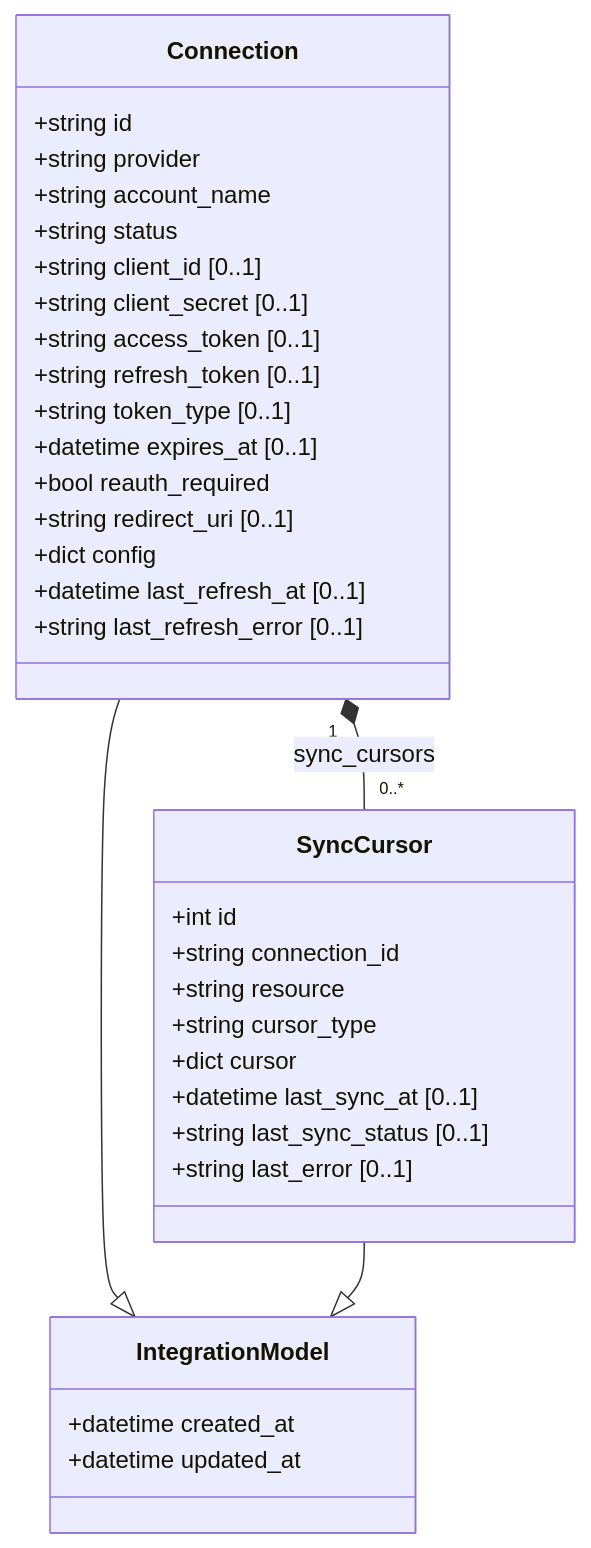
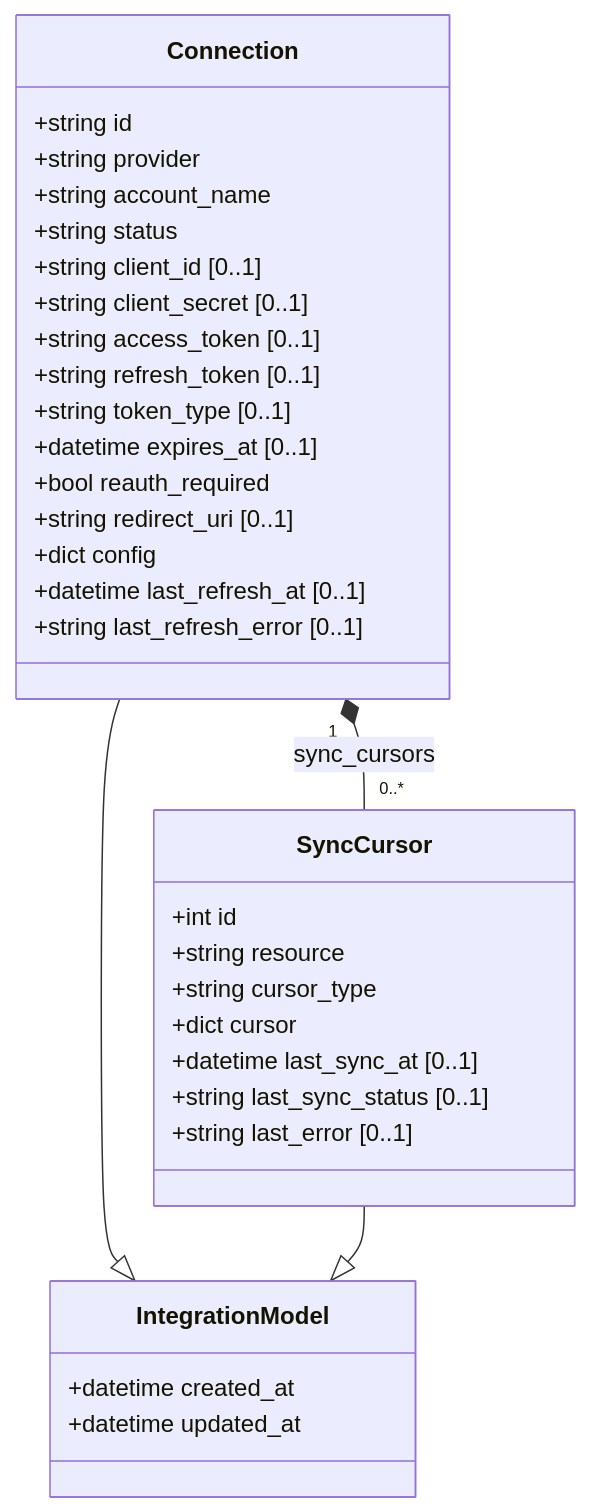
One commit to hcubasd/fluffy-waddle changed the second of 2 diagrams in README.md. Above: the diagram before and after it, drawn with Mermaid. The commit also changed other lines of this file and 38 other files, not shown here.

First line of the commit message:
Refactor models back to nested graphs

````diff
--- a/README.md
+++ b/README.md
@@ -137,38 +138,37 @@
 ```mermaid
 classDiagram
     class IntegrationModel {
         +datetime created_at
         +datetime updated_at
     }
     class Connection {
         +string id
         +string provider
         +string account_name
         +string status
         +string client_id [0..1]
         +string client_secret [0..1]
         +string access_token [0..1]
         +string refresh_token [0..1]
         +string token_type [0..1]
         +datetime expires_at [0..1]
         +bool reauth_required
         +string redirect_uri [0..1]
         +dict config
         +datetime last_refresh_at [0..1]
         +string last_refresh_error [0..1]
     }
     class SyncCursor {
         +int id
-        +string connection_id
         +string resource
         +string cursor_type
         +dict cursor
         +datetime last_sync_at [0..1]
         +string last_sync_status [0..1]
         +string last_error [0..1]
     }
 
     Connection --|> IntegrationModel
     SyncCursor --|> IntegrationModel
     Connection "1" *-- "0..*" SyncCursor : sync_cursors
 ```
````
